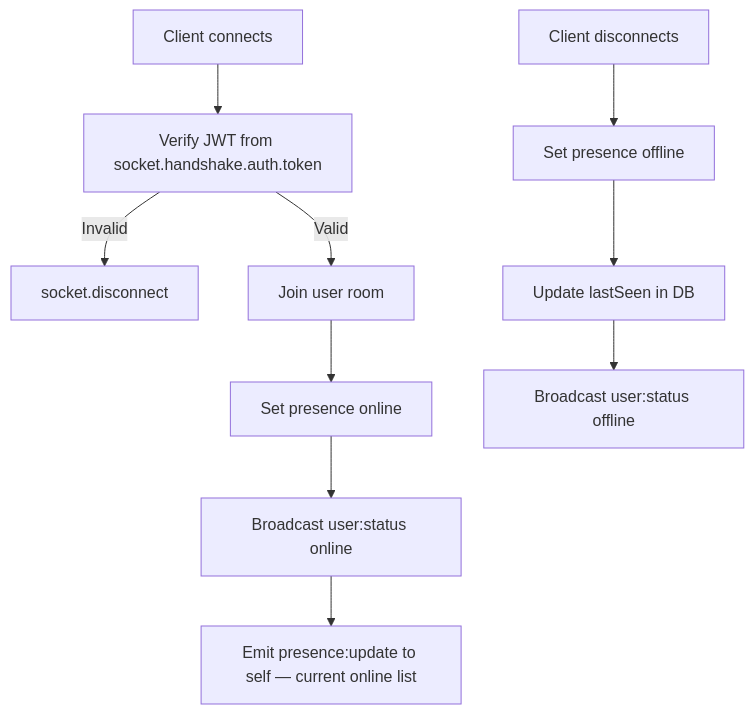
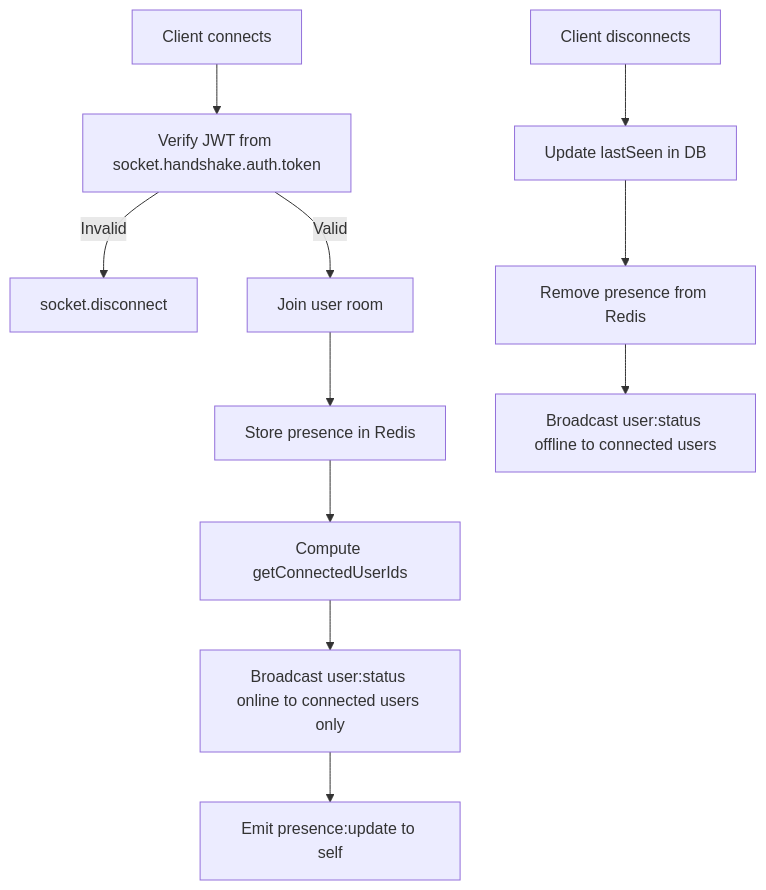
One commit to neofuture/chatr changed the first of 3 diagrams in Documentation/Backend/Socket_Handlers.md. Above: the diagram before and after it, drawn with Mermaid. The commit also changed other lines of this file and 158 other files, not shown here.

````diff
--- a/Documentation/Backend/Socket_Handlers.md
+++ b/Documentation/Backend/Socket_Handlers.md
@@ -11,13 +11,14 @@
 ```mermaid
 flowchart TD
     A[Client connects] --> B[Verify JWT from socket.handshake.auth.token]
     B -- Invalid --> C[socket.disconnect]
     B -- Valid --> D[Join user room]
-    D --> E[Set presence online]
-    E --> F[Broadcast user:status online]
-    F --> G[Emit presence:update to self — current online list]
+    D --> E[Store presence in Redis]
+    E --> F[Compute getConnectedUserIds]
+    F --> G[Broadcast user:status online to connected users only]
+    G --> H[Emit presence:update to self]
 
-    H[Client disconnects] --> I[Set presence offline]
-    I --> J[Update lastSeen in DB]
-    J --> K[Broadcast user:status offline]
+    I[Client disconnects] --> J[Update lastSeen in DB]
+    J --> K[Remove presence from Redis]
+    K --> L[Broadcast user:status offline to connected users]
 ```
````
